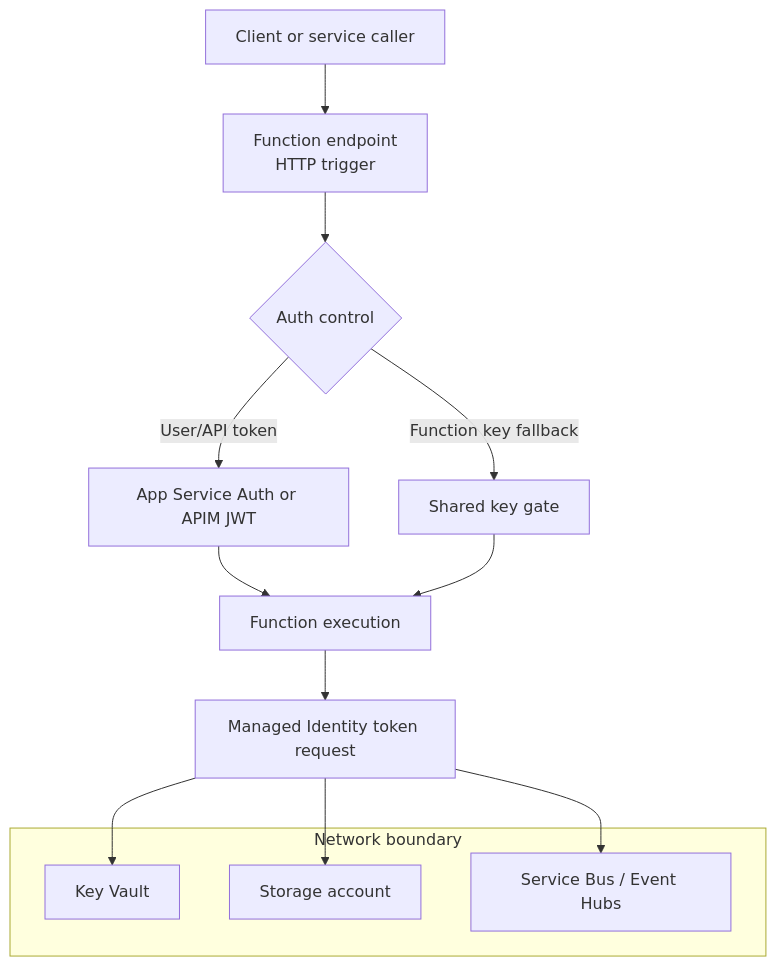
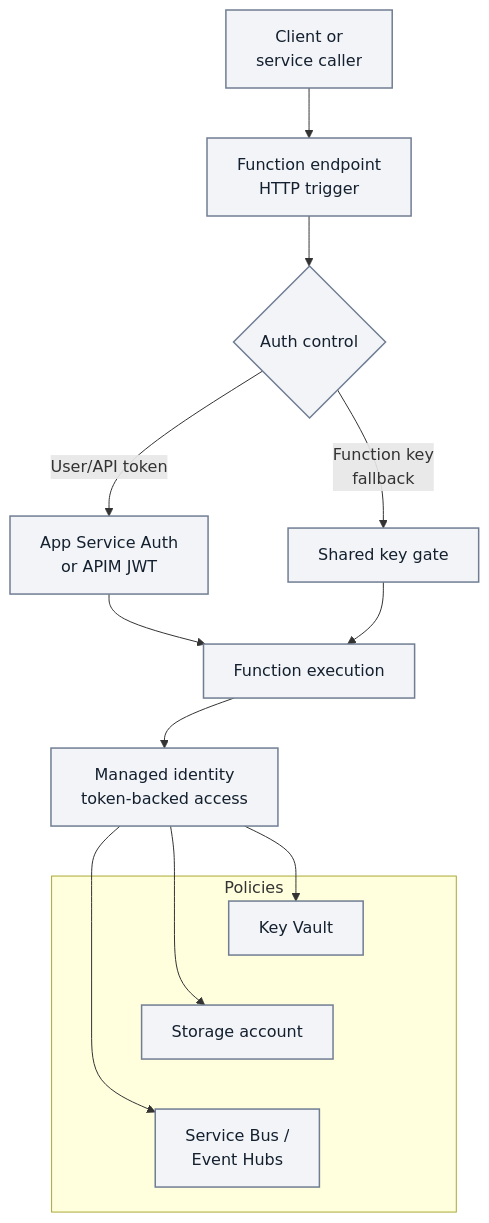
The second of 2 diagrams in docs/best-practices/security.md (yeongseon/azure-functions-practical-guide), drawn with Mermaid before and after one commit. The commit also changed other lines of this file and 3 other files, not shown here.

First line of the commit message:
docs(diagrams): migrate Functions security — security and security and related pages (#421)

````diff
--- a/docs/best-practices/security.md
+++ b/docs/best-practices/security.md
@@ -334,18 +339,28 @@
 ```mermaid
+%%{init: {'flowchart': {'nodeSpacing': 80}}}%%
 flowchart TD
-    Caller[Client or service caller] --> Ingress[Function endpoint\nHTTP trigger]
+    accTitle: Alternative HTTP security controls and dependency policies
+    accDescr: Conceptual relationship map, not a network route or token protocol. Token and shared-key controls lead to function execution; managed identity supports access to Key Vault, Storage, Service Bus and Event Hubs. The Policies dependency group denotes network policy scope, not VNet containment. The token and key branches illustrate alternative configurations, not automatic fallback; a function key does not bypass required Easy Auth or gateway token validation.
+    Caller["Client or<br/>service caller"] --> Ingress["Function endpoint<br/>HTTP trigger"]
     Ingress --> Auth{Auth control}
-    Auth -->|"User/API token"| AppAuth[App Service Auth or APIM JWT]
-    Auth -->|Function key fallback| KeyGate[Shared key gate]
+    Auth -->|"User/API token"| AppAuth["App Service Auth<br/>or APIM JWT"]
+    Auth -->|"Function key<br/>fallback"| KeyGate["Shared key gate"]
     AppAuth --> Code[Function execution]
     KeyGate --> Code
-    Code --> MI[Managed Identity token request]
+    Code --> MI["Managed identity<br/>token-backed access"]
     MI --> KV[Key Vault]
     MI --> ST[Storage account]
-    MI --> SB["Service Bus / Event Hubs"]
-    subgraph NetworkBoundary[Network boundary]
+    MI --> SB["Service Bus /<br/>Event Hubs"]
+    subgraph NetworkBoundary["Policies"]
         KV
         ST
         SB
     end
+    %% Layout-only links tier the dependency list; no extra steps or semantic arrows.
+    KV ~~~ ST
+    ST ~~~ SB
+    %% Layout-only anchor offsets the dependency group from the incoming paths.
+    Code ~~~ SB
+    classDef baseNeutral fill:#f2f4f8,stroke:#707e93,stroke-width:1.5px,color:#14202e;
+    class Caller,Ingress,Auth,AppAuth,KeyGate,Code,MI,KV,ST,SB baseNeutral;
 ```
````
